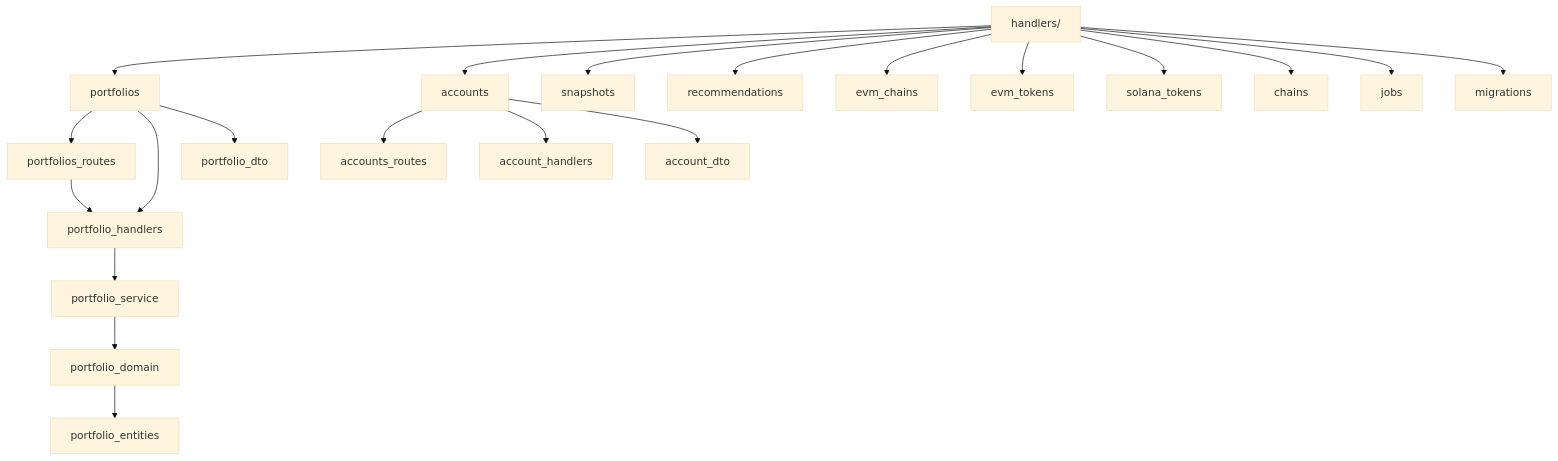
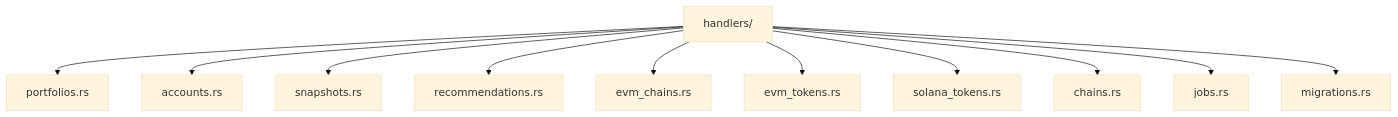
Before and after one commit to doitsu2014/crypto-pocket-butler: the third of 4 diagrams in docs/architecture/01-architecture-design/04-code-structure.md, drawn with Mermaid (base theme). The commit also changed other lines of this file and 3 other files, not shown here.

First line of the commit message:
docs: Fix all Mermaid syntax errors for GitHub compatibility

````diff
--- a/docs/architecture/01-architecture-design/04-code-structure.md
+++ b/docs/architecture/01-architecture-design/04-code-structure.md
@@ -84,27 +61,14 @@
 ```mermaid
 graph TD
-    handlers[handlers/]
-    handlers --> portfolios
-    handlers --> accounts
-    handlers --> snapshots
-    handlers --> recommendations
-    handlers --> evm_chains
-    handlers --> evm_tokens
-    handlers --> solana_tokens
-    handlers --> chains
-    handlers --> jobs
-    handlers --> migrations
-    
-    portfolios --> portfolios_routes
-    portfolios --> portfolio_handlers
-    portfolios --> portfolio_dto
-    
-    accounts --> accounts_routes
-    accounts --> account_handlers
-    accounts --> account_dto
-    
-    portfolios_routes --> portfolio_handlers
-    portfolio_handlers --> portfolio_service
-    portfolio_service --> portfolio_domain
-    portfolio_domain --> portfolio_entities
+    H[handlers/]
+    H --> PF[portfolios.rs]
+    H --> AC[accounts.rs]
+    H --> SN[snapshots.rs]
+    H --> RC[recommendations.rs]
+    H --> EC[evm_chains.rs]
+    H --> ET[evm_tokens.rs]
+    H --> ST[solana_tokens.rs]
+    H --> CH[chains.rs]
+    H --> JB[jobs.rs]
+    H --> MG[migrations.rs]
 ```
````
